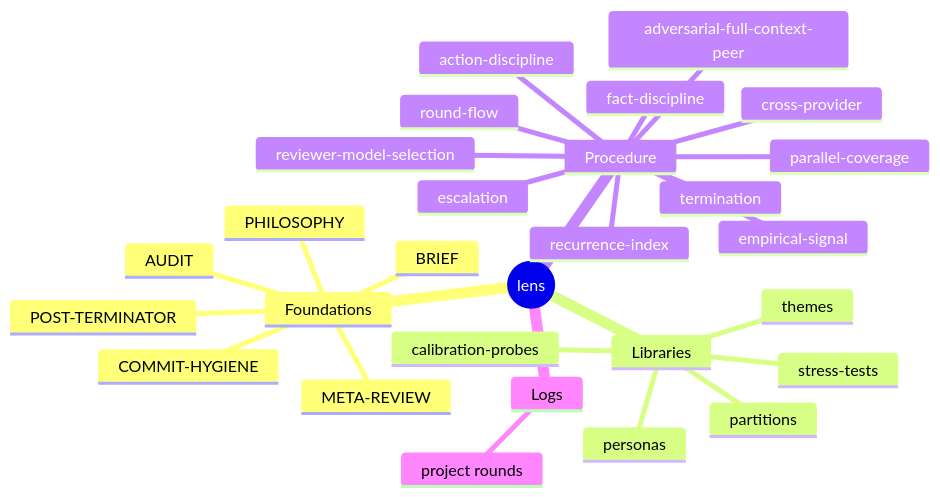
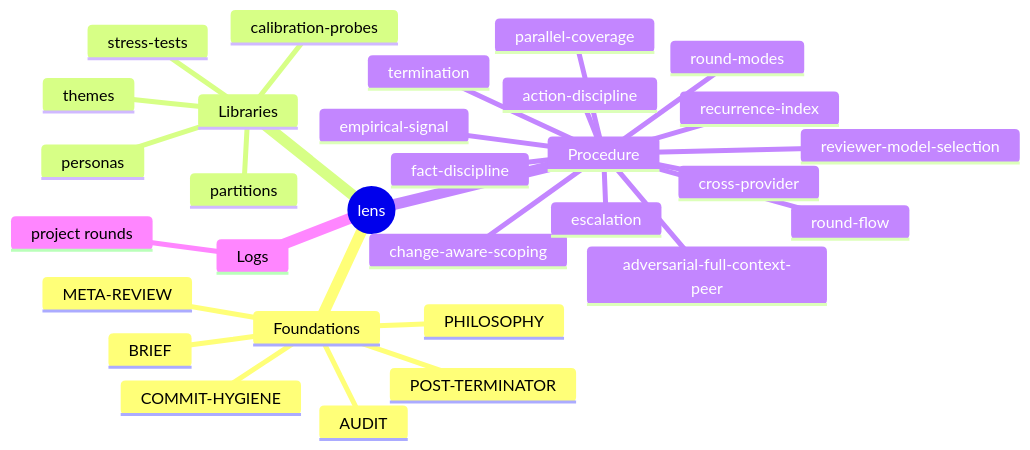
One commit to 1qh/lens changed the second of 2 diagrams in README.md. Above: the diagram before and after it, drawn with Mermaid. The commit also changed other lines of this file and 6 other files, not shown here.

Commit message:
fold efficiency upgrades: round modes, change-aware scoping, cost termination

````diff
--- a/README.md
+++ b/README.md
@@ -20,31 +20,33 @@
 ```mermaid
 mindmap
   root((lens))
     Foundations
       PHILOSOPHY
       BRIEF
       AUDIT
       POST-TERMINATOR
       META-REVIEW
       COMMIT-HYGIENE
     Libraries
       personas
       themes
       stress-tests
       partitions
       calibration-probes
     Procedure
       round-flow
+      round-modes
+      change-aware-scoping
       parallel-coverage
       action-discipline
       cross-provider
       recurrence-index
       escalation
       termination
       empirical-signal
       reviewer-model-selection
       adversarial-full-context-peer
       fact-discipline
     Logs
       project rounds
 ```
````
